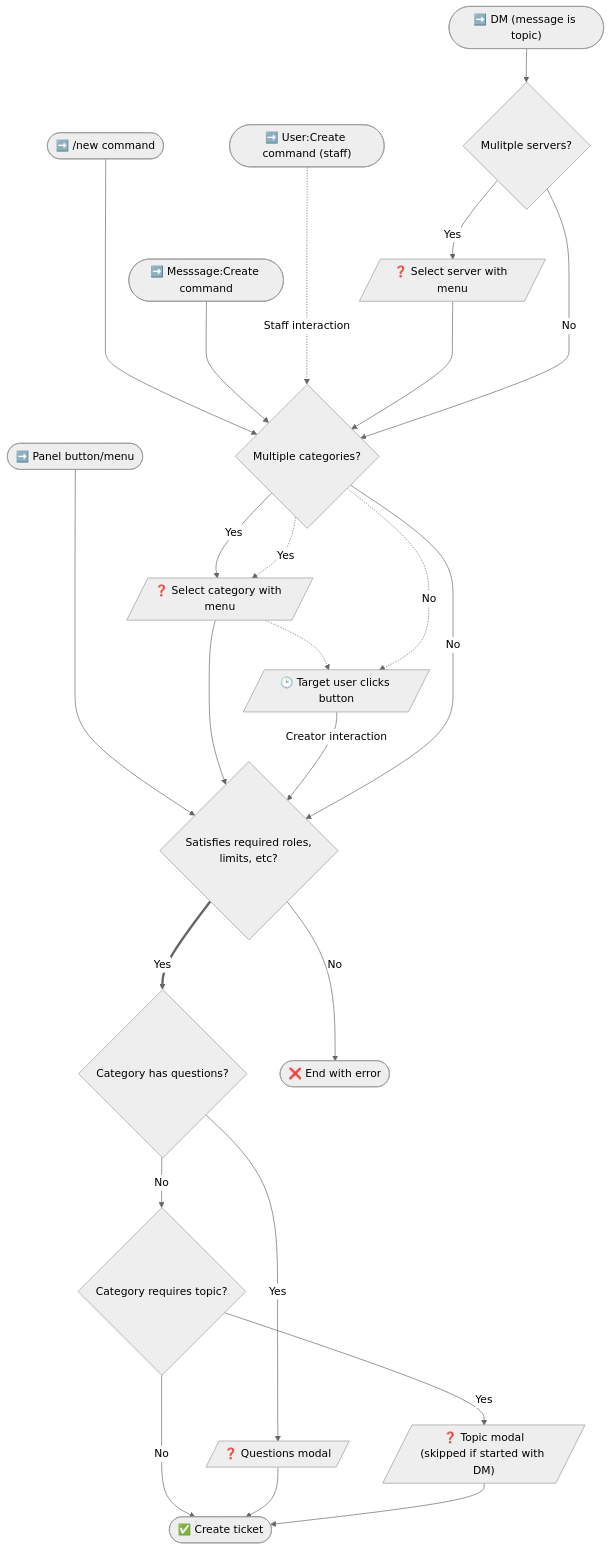
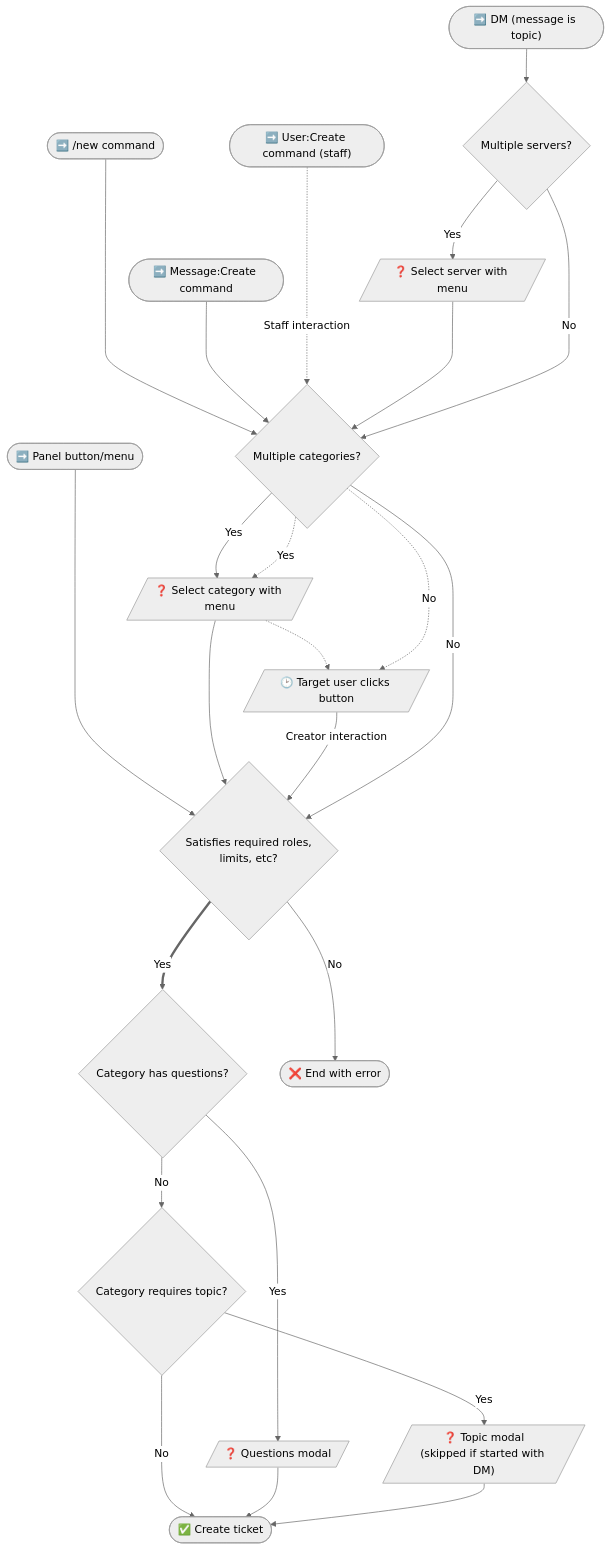
One commit to discord-tickets/docs changed the diagram in docs/features/index.md. Above: the diagram before and after it, drawn with Mermaid (neutral theme). The commit also changed 3 other files, not shown here.

````diff
--- a/docs/features/index.md
+++ b/docs/features/index.md
@@ -56,25 +56,25 @@
 ```mermaid
 flowchart TB
     A1(["➡️ /new command"]) ----> B
     A2(["➡️ Panel button/menu"]) ----> D
-    A3(["➡️ Messsage:Create command"]) ---> B
+    A3(["➡️ Message:Create command"]) ---> B
     %% fa:fa-arrow-right-long
     A4(["➡️ User:Create command (staff)"]) -...->|"Staff interaction"| B
-    A5(["➡️ DM (message is topic)"]) --> AA{Mulitple servers?}
+    A5(["➡️ DM (message is topic)"]) --> AA{Multiple servers?}
     AA -->|Yes| AA1[/"❓ Select server with menu"/] ---> B
     AA -->|No| B
     B{Multiple categories?}
     B -->|Yes| B1[/"❓ Select category with menu"/] -.-> C
     B -.->|Yes| B1
     B -.->|No| C
     B1 --> D
     C[/"🕑 Target user clicks button"/] -->|Creator interaction| D
     B -->|No| D{"Satisfies required roles,\nlimits, etc?"}
     D ==>|Yes|E{Category has questions?}
     D-->|No|F(["❌ End with error"])
     E-->|Yes|G[/"❓ Questions modal"/]
     E-->|No|H{Category requires topic?}
     H-->|Yes|I[/"❓ Topic modal\n(skipped if started with DM)"/]
     H-->|No|J
     G & I--> J(["✅ Create ticket"])
 ```
````
